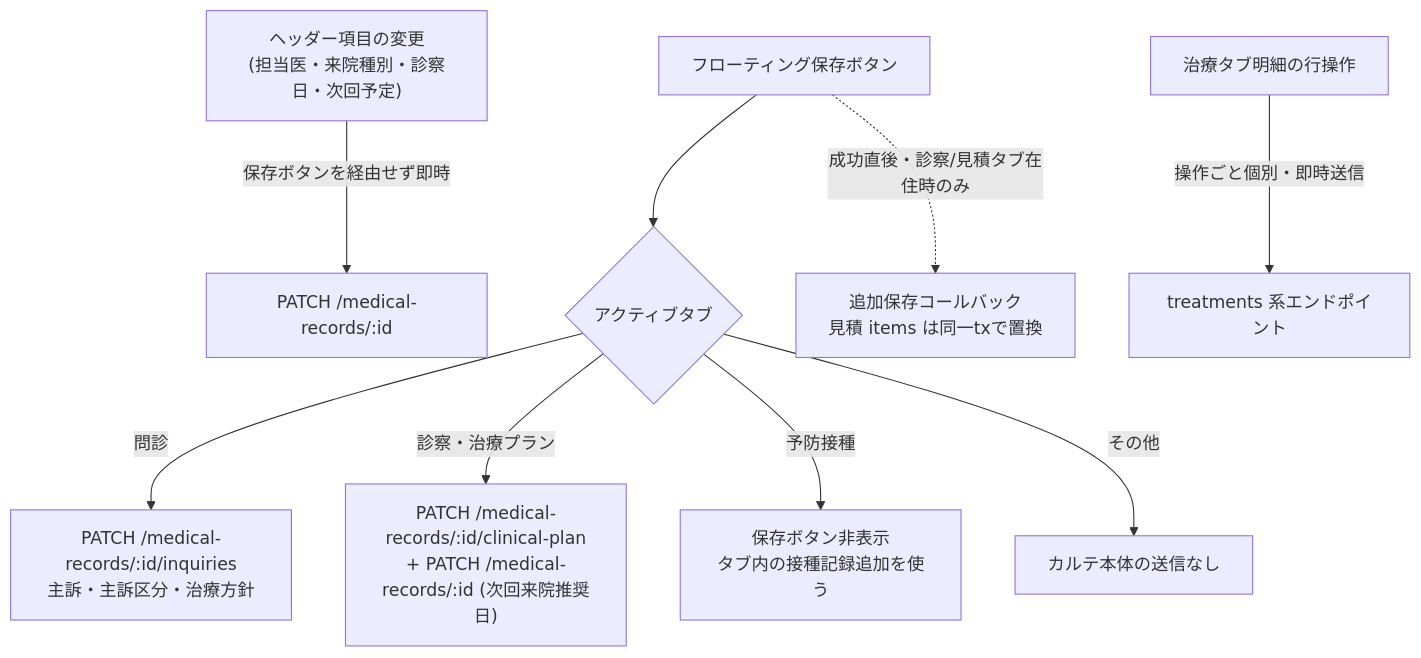
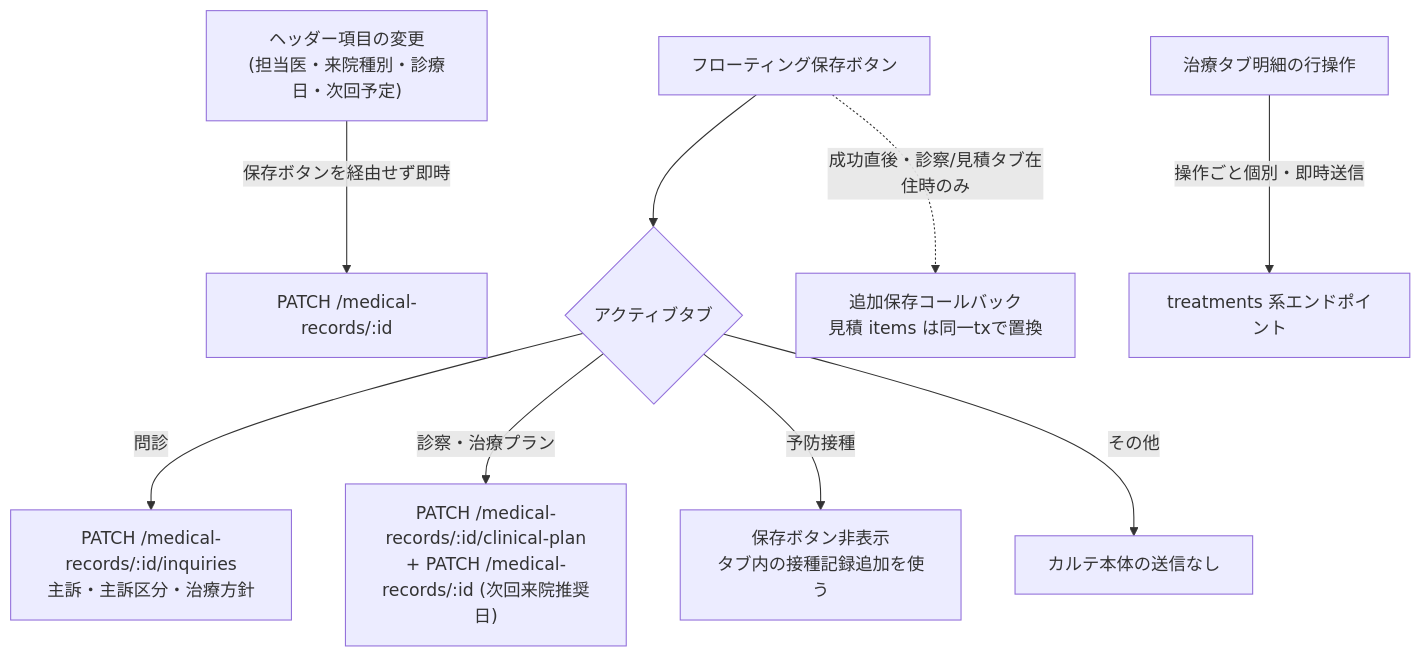
Before and after one commit to MinoruSoga/AnimalEkarte: the diagram in docs/spec/screens/06-medical-records-form.md, drawn with Mermaid. The commit also changed other lines of this file and 276 other files, not shown here.

````diff
--- a/docs/spec/screens/06-medical-records-form.md
+++ b/docs/spec/screens/06-medical-records-form.md
@@ -55,11 +55,11 @@
 ```mermaid
 flowchart TB
     Save["フローティング保存ボタン"] --> Q{"アクティブタブ"}
     Q -->|"問診"| A["PATCH /medical-records/:id/inquiries<br>主訴・主訴区分・治療方針"]
     Q -->|"診察・治療プラン"| B["PATCH /medical-records/:id/clinical-plan<br>+ PATCH /medical-records/:id (次回来院推奨日)"]
     Q -->|"予防接種"| D["保存ボタン非表示<br>タブ内の接種記録追加を使う"]
     Q -->|"その他"| C["カルテ本体の送信なし"]
-    H["ヘッダー項目の変更<br>(担当医・来院種別・診察日・次回予定)"] -->|"保存ボタンを経由せず即時"| E["PATCH /medical-records/:id"]
+    H["ヘッダー項目の変更<br>(担当医・来院種別・診療日・次回予定)"] -->|"保存ボタンを経由せず即時"| E["PATCH /medical-records/:id"]
     T["治療タブ明細の行操作"] -->|"操作ごと個別・即時送信"| F["treatments 系エンドポイント"]
     Save -.->|"成功直後・診察/見積タブ在住時のみ"| G["追加保存コールバック<br>見積 items は同一txで置換"]
 ```
````
